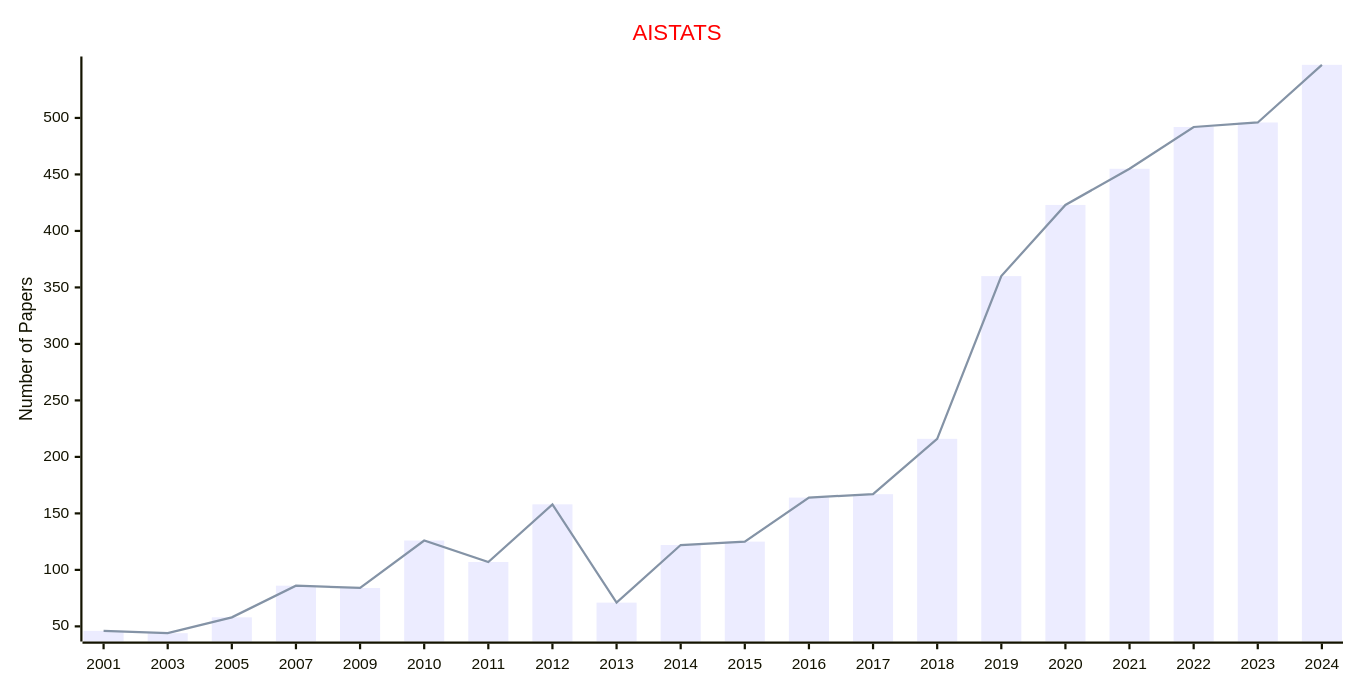
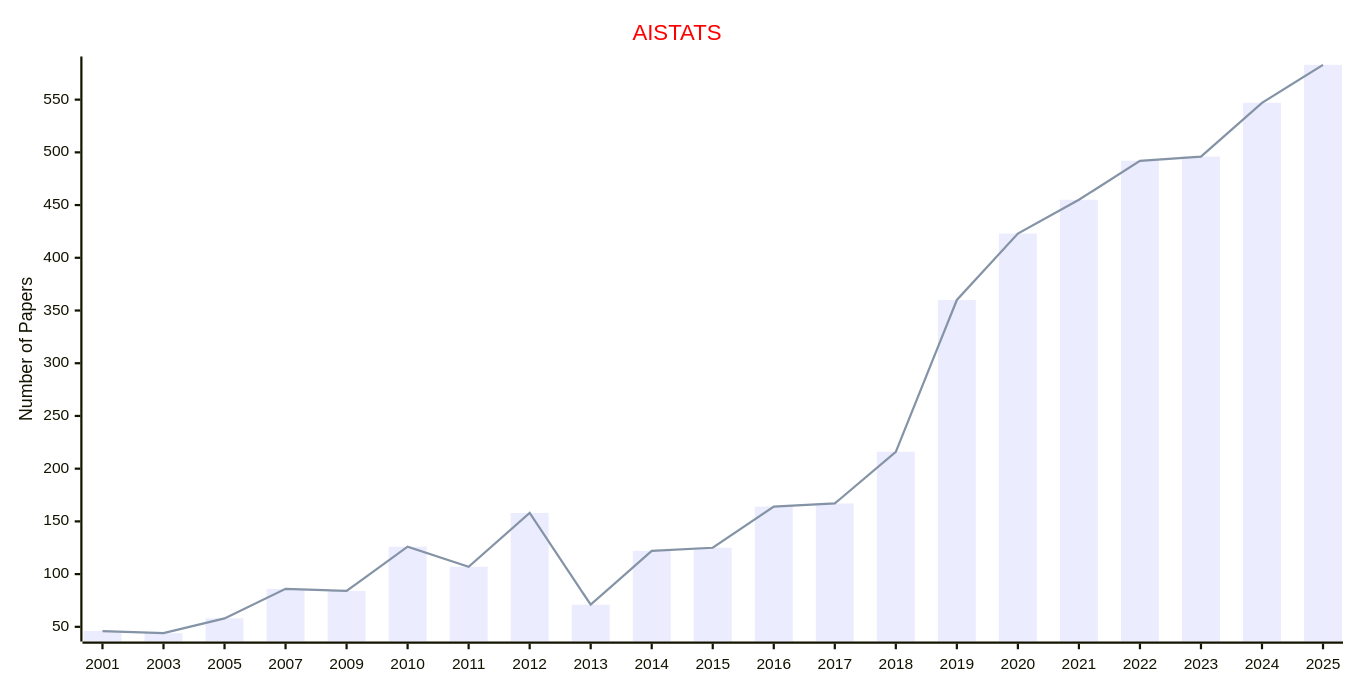
One commit to NextArtifIntell/AILinks changed the sixth of 6 diagrams in docs/data/Conferences/Statistics_Conferences/Artificial_Intelligence.md. Above: the diagram before and after it, drawn with Mermaid. The commit also changed other lines of this file and 13 other files, not shown here.

````diff
--- a/docs/data/Conferences/Statistics_Conferences/Artificial_Intelligence.md
+++ b/docs/data/Conferences/Statistics_Conferences/Artificial_Intelligence.md
@@ -141,17 +141,17 @@
 ```mermaid
 ---
 config:
     xyChart:
         width: 1200
         height: 600
     themeVariables:
         xyChart:
             titleColor: "#ff0000"
 ---
 xychart-beta
     title "AISTATS"
-    x-axis [2001, 2003, 2005, 2007, 2009, 2010, 2011, 2012, 2013, 2014, 2015, 2016, 2017, 2018, 2019, 2020, 2021, 2022, 2023, 2024]
+    x-axis [2001, 2003, 2005, 2007, 2009, 2010, 2011, 2012, 2013, 2014, 2015, 2016, 2017, 2018, 2019, 2020, 2021, 2022, 2023, 2024, 2025]
     y-axis "Number of Papers"
-    bar [46, 44, 58, 86, 84, 126, 107, 158, 71, 122, 125, 164, 167, 216, 360, 423, 455, 492, 496, 547]
-    line [46, 44, 58, 86, 84, 126, 107, 158, 71, 122, 125, 164, 167, 216, 360, 423, 455, 492, 496, 547]
+    bar [46, 44, 58, 86, 84, 126, 107, 158, 71, 122, 125, 164, 167, 216, 360, 423, 455, 492, 496, 547, 583]
+    line [46, 44, 58, 86, 84, 126, 107, 158, 71, 122, 125, 164, 167, 216, 360, 423, 455, 492, 496, 547, 583]
 ```
````
